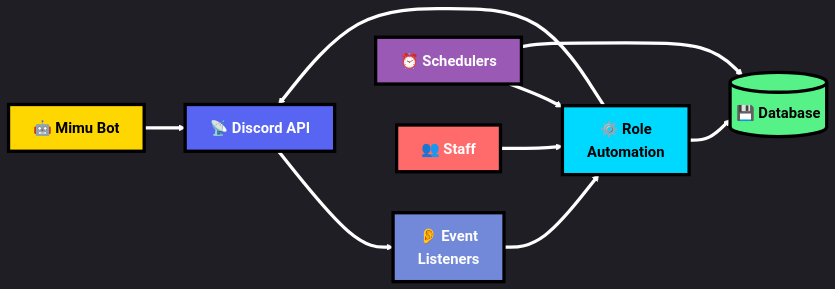
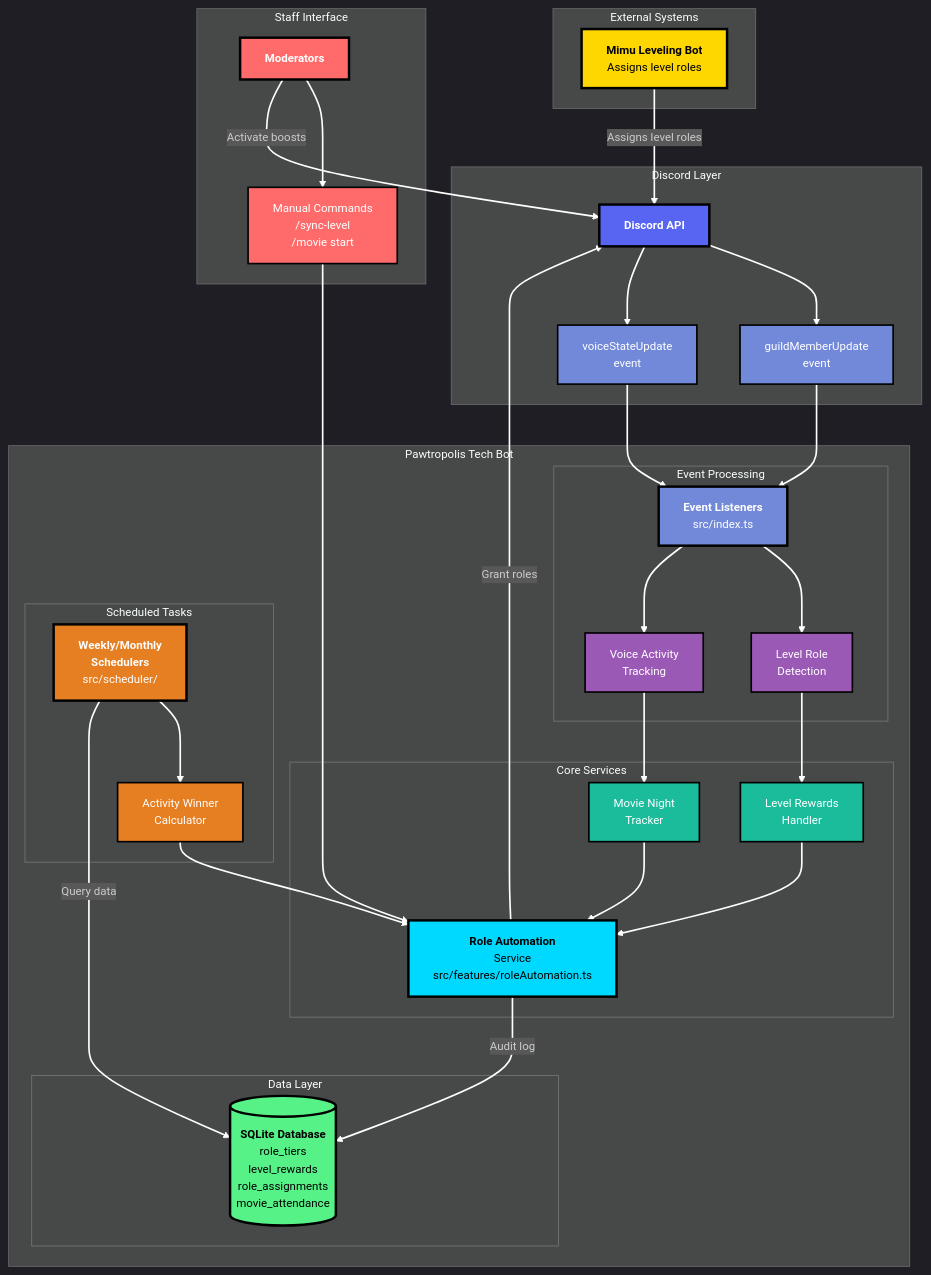
The first of 9 diagrams in docs/roadmap/ROLE_AUTOMATION_PLAN.md (watchthelight/pawtech-v2), drawn with Mermaid before and after one commit. The commit also changed other lines of this file, not shown here.

````diff
--- a/docs/roadmap/ROLE_AUTOMATION_PLAN.md
+++ b/docs/roadmap/ROLE_AUTOMATION_PLAN.md
@@ -25,32 +25,86 @@
 ```mermaid
-%%{init: {'theme':'dark', 'themeVariables': { 'fontSize':'18px'}}}%%
-flowchart LR
-    MIMU["<b>🤖 Mimu Bot</b>"]
-    DISCORD["<b>📡 Discord API</b>"]
+%%{init: {'theme':'dark', 'themeVariables': { 'fontSize':'14px'}}}%%
+graph TB
+    subgraph EXT["External Systems"]
+        MIMU["<b>Mimu Leveling Bot</b><br/>Assigns level roles"]
+    end
 
-    EVENTS["<b>👂 Event<br/>Listeners</b>"]
-    ROLE["<b>⚙️ Role<br/>Automation</b>"]
-    DB[("<b>💾 Database</b>")]
-    SCHED["<b>⏰ Schedulers</b>"]
+    subgraph DISCORD_LAYER["Discord Layer"]
+        API["<b>Discord API</b>"]
+        GMU["guildMemberUpdate<br/>event"]
+        VSU["voiceStateUpdate<br/>event"]
+    end
 
-    STAFF["<b>👥 Staff</b>"]
+    subgraph BOT["Pawtropolis Tech Bot"]
+        subgraph LISTENERS["Event Processing"]
+            EVT_HANDLER["<b>Event Listeners</b><br/>src/index.ts"]
+            LEVEL_EVT["Level Role<br/>Detection"]
+            VOICE_EVT["Voice Activity<br/>Tracking"]
+        end
 
-    MIMU --> DISCORD
-    DISCORD --> EVENTS
-    EVENTS --> ROLE
-    SCHED --> ROLE
-    STAFF --> ROLE
-    ROLE --> DISCORD
-    ROLE --> DB
-    SCHED --> DB
+        subgraph CORE["Core Services"]
+            ROLE_SVC["<b>Role Automation</b><br/>Service<br/>src/features/roleAutomation.ts"]
+            LEVEL_SVC["Level Rewards<br/>Handler"]
+            MOVIE_SVC["Movie Night<br/>Tracker"]
+        end
 
-    style MIMU fill:#FFD700,stroke:#000,stroke-width:4px,color:#000
-    style DISCORD fill:#5865F2,stroke:#000,stroke-width:4px,color:#fff
-    style EVENTS fill:#7289DA,stroke:#000,stroke-width:4px,color:#fff
-    style ROLE fill:#00D9FF,stroke:#000,stroke-width:4px,color:#000
-    style DB fill:#57F287,stroke:#000,stroke-width:4px,color:#000
-    style SCHED fill:#9B59B6,stroke:#000,stroke-width:4px,color:#fff
-    style STAFF fill:#FF6B6B,stroke:#000,stroke-width:4px,color:#fff
+        subgraph SCHEDULED["Scheduled Tasks"]
+            SCHED["<b>Weekly/Monthly<br/>Schedulers</b><br/>src/scheduler/"]
+            ACTIVITY["Activity Winner<br/>Calculator"]
+        end
 
-    linkStyle default stroke:#fff,stroke-width:4px
+        subgraph DATA["Data Layer"]
+            DB[("<b>SQLite Database</b><br/>role_tiers<br/>level_rewards<br/>role_assignments<br/>movie_attendance")]
+        end
+    end
+
+    subgraph STAFF_LAYER["Staff Interface"]
+        STAFF["<b>Moderators</b>"]
+        COMMANDS["Manual Commands<br/>/sync-level<br/>/movie start"]
+    end
+
+    MIMU -->|"Assigns level roles"| API
+    API --> GMU
+    API --> VSU
+    GMU --> EVT_HANDLER
+    VSU --> EVT_HANDLER
+
+    EVT_HANDLER --> LEVEL_EVT
+    EVT_HANDLER --> VOICE_EVT
+
+    LEVEL_EVT --> LEVEL_SVC
+    VOICE_EVT --> MOVIE_SVC
+
+    LEVEL_SVC --> ROLE_SVC
+    MOVIE_SVC --> ROLE_SVC
+
+    SCHED --> ACTIVITY
+    ACTIVITY --> ROLE_SVC
+
+    ROLE_SVC -->|"Grant roles"| API
+    ROLE_SVC -->|"Audit log"| DB
+
+    STAFF --> COMMANDS
+    COMMANDS --> ROLE_SVC
+    STAFF -->|"Activate boosts"| API
+
+    SCHED -->|"Query data"| DB
+
+    style MIMU fill:#FFD700,stroke:#000,stroke-width:3px,color:#000
+    style API fill:#5865F2,stroke:#000,stroke-width:3px,color:#fff
+    style GMU fill:#7289DA,stroke:#000,stroke-width:2px,color:#fff
+    style VSU fill:#7289DA,stroke:#000,stroke-width:2px,color:#fff
+    style EVT_HANDLER fill:#7289DA,stroke:#000,stroke-width:3px,color:#fff
+    style LEVEL_EVT fill:#9B59B6,stroke:#000,stroke-width:2px,color:#fff
+    style VOICE_EVT fill:#9B59B6,stroke:#000,stroke-width:2px,color:#fff
+    style ROLE_SVC fill:#00D9FF,stroke:#000,stroke-width:3px,color:#000
+    style LEVEL_SVC fill:#1ABC9C,stroke:#000,stroke-width:2px,color:#fff
+    style MOVIE_SVC fill:#1ABC9C,stroke:#000,stroke-width:2px,color:#fff
+    style DB fill:#57F287,stroke:#000,stroke-width:3px,color:#000
+    style SCHED fill:#E67E22,stroke:#000,stroke-width:3px,color:#fff
+    style ACTIVITY fill:#E67E22,stroke:#000,stroke-width:2px,color:#fff
+    style STAFF fill:#FF6B6B,stroke:#000,stroke-width:3px,color:#fff
+    style COMMANDS fill:#FF6B6B,stroke:#000,stroke-width:2px,color:#fff
+
+    linkStyle default stroke:#fff,stroke-width:2px
 ```
````
